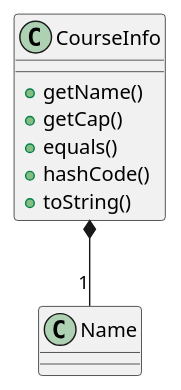
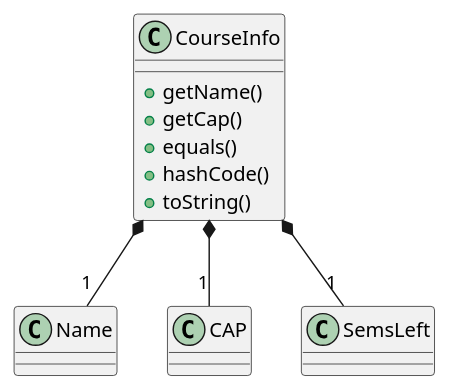
One commit to yjskrs/main changed the diagram in docs/diagrams/CourseInfoClassDiagram.puml. Above: the diagram before and after it, drawn with PlantUML. The commit also changed 4 other files, not shown here.

```diff
--- a/docs/diagrams/CourseInfoClassDiagram.puml
+++ b/docs/diagrams/CourseInfoClassDiagram.puml
@@ -1,12 +1,15 @@
 @startuml
 class CourseInfo {
     +getName()
     +getCap()
     +equals()
     +hashCode()
     +toString()
 }
 class Name {}
 
 CourseInfo *-- "1" Name
+CourseInfo *-- "1" CAP
+CourseInfo *-- "1" SemsLeft
+
 @enduml
```
